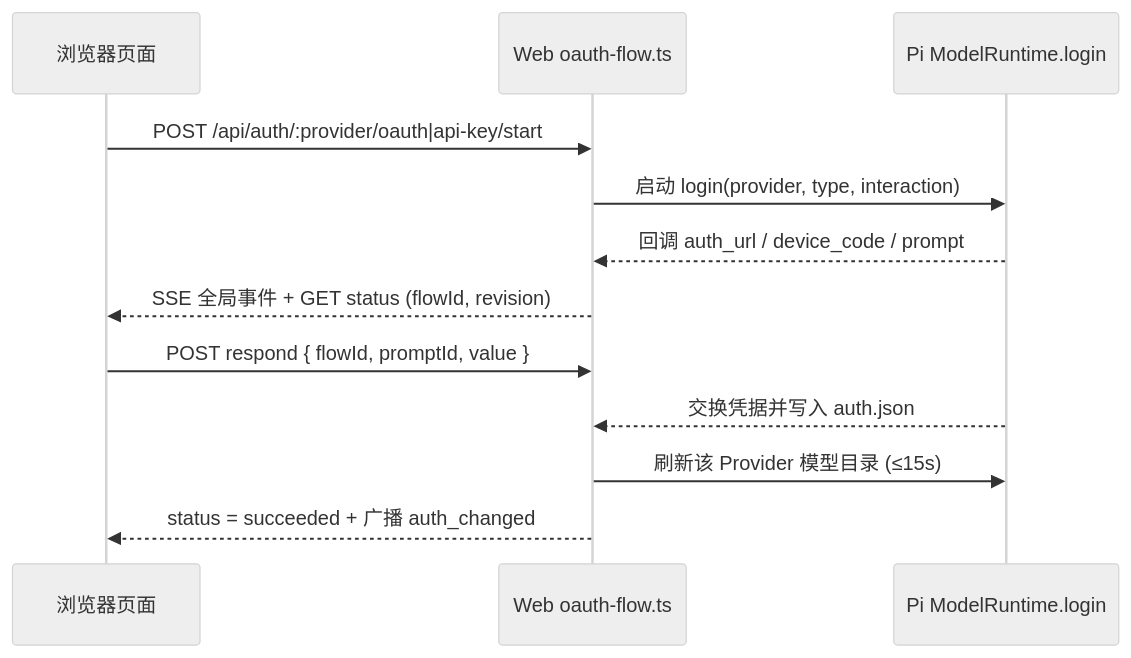
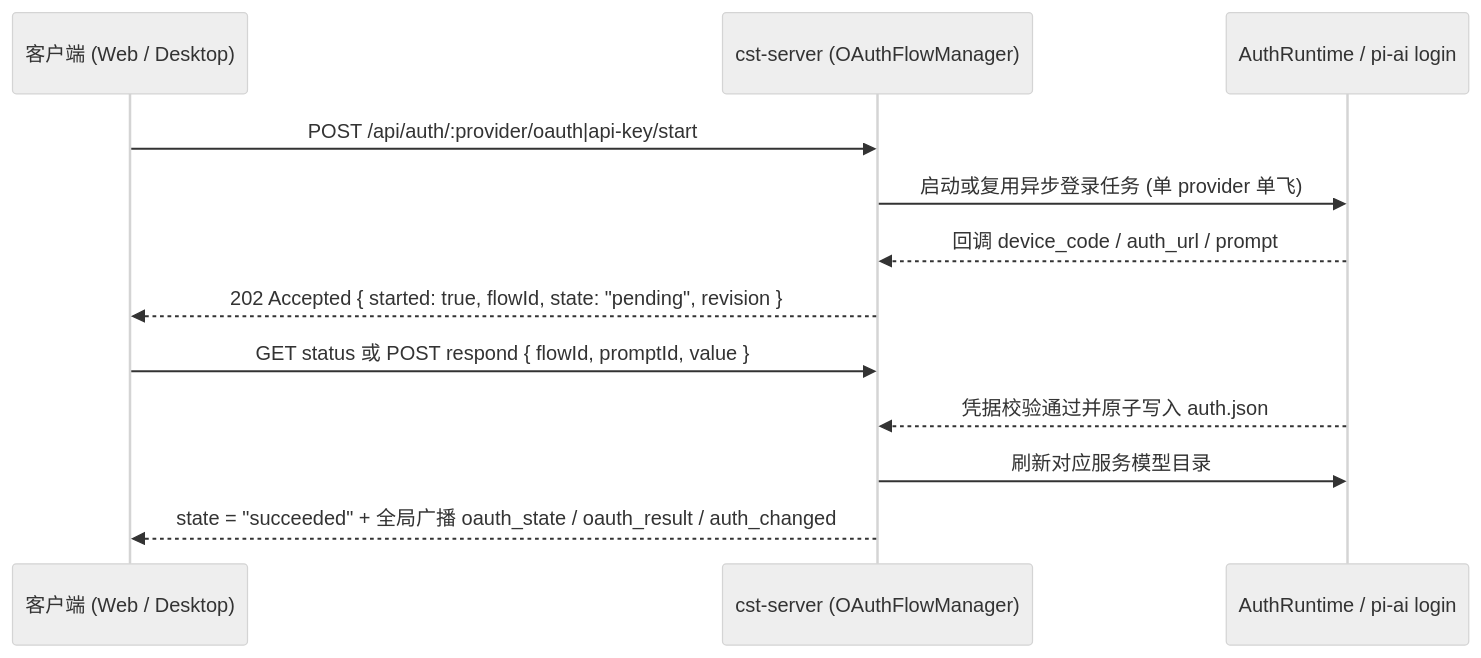
The diagram in doc/auth/ARCHITECTURE.md (SCAU-Computer-Serving-Team/cst-pilot), drawn with Mermaid (neutral theme) before and after one commit. The commit also changed other lines of this file and 46 other files, not shown here.

````diff
--- a/doc/auth/ARCHITECTURE.md
+++ b/doc/auth/ARCHITECTURE.md
@@ -51,14 +24,15 @@
 ```mermaid
 sequenceDiagram
-    participant Page as 浏览器页面
-    participant API as Web oauth-flow.ts
-    participant Pi as Pi ModelRuntime.login
-    Page->>API: POST /api/auth/:provider/oauth|api-key/start
-    API->>Pi: 启动 login(provider, type, interaction)
-    Pi-->>API: 回调 auth_url / device_code / prompt
-    API-->>Page: SSE 全局事件 + GET status (flowId, revision)
-    Page->>API: POST respond { flowId, promptId, value }
-    Pi-->>API: 交换凭据并写入 auth.json
-    API->>Pi: 刷新该 Provider 模型目录 (≤15s)
-    API-->>Page: status = succeeded + 广播 auth_changed
+    participant Client as 客户端 (Web / Desktop)
+    participant Server as cst-server (OAuthFlowManager)
+    participant Auth as AuthRuntime / pi-ai login
+
+    Client->>Server: POST /api/auth/:provider/oauth|api-key/start
+    Server->>Auth: 启动或复用异步登录任务 (单 provider 单飞)
+    Auth-->>Server: 回调 device_code / auth_url / prompt
+    Server-->>Client: 202 Accepted { started: true, flowId, state: "pending", revision }
+    Client->>Server: GET status 或 POST respond { flowId, promptId, value }
+    Auth-->>Server: 凭据校验通过并原子写入 auth.json
+    Server->>Auth: 刷新对应服务模型目录
+    Server-->>Client: state = "succeeded" + 全局广播 oauth_state / oauth_result / auth_changed
 ```
````
